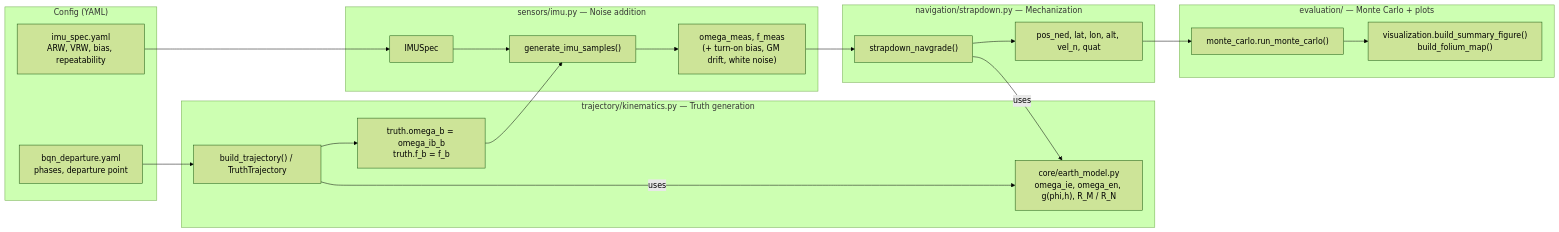
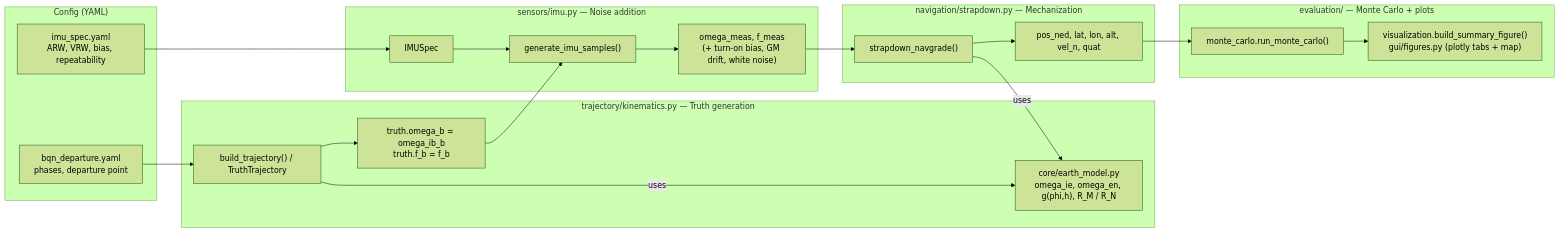
One commit to jorgieo/ins_sim changed the diagram in README.md. Above: the diagram before and after it, drawn with Mermaid (forest theme). The commit also changed 7 other files, not shown here.

First line of the commit message:
Refactor visualization panel to use Plotly for interactive charts

````diff
--- a/README.md
+++ b/README.md
@@ -25,38 +25,38 @@
 ```mermaid
 flowchart LR
     subgraph CFG["Config (YAML)"]
         TRAJ_YAML["bqn_departure.yaml<br/>phases, departure point"]
         IMU_YAML["imu_spec.yaml<br/>ARW, VRW, bias, repeatability"]
     end
 
     subgraph TRUTH["trajectory/kinematics.py — Truth generation"]
         BUILD["build_trajectory() / TruthTrajectory"]
         EARTH["core/earth_model.py<br/>omega_ie, omega_en, g(phi,h), R_M / R_N"]
         BUILD -- uses --> EARTH
         BUILD --> OMEGA_B["truth.omega_b = omega_ib_b<br/>truth.f_b = f_b"]
     end
 
     subgraph SENSOR["sensors/imu.py — Noise addition"]
         SPEC["IMUSpec"]
         GEN["generate_imu_samples()"]
         SPEC --> GEN
         OMEGA_B --> GEN
         GEN --> MEAS["omega_meas, f_meas<br/>(+ turn-on bias, GM drift, white noise)"]
     end
 
     subgraph NAV["navigation/strapdown.py — Mechanization"]
         STRAP["strapdown_navgrade()"]
         MEAS --> STRAP
         STRAP -- uses --> EARTH
         STRAP --> OUT["pos_ned, lat, lon, alt, vel_n, quat"]
     end
 
     subgraph EVAL["evaluation/ — Monte Carlo + plots"]
         MC["monte_carlo.run_monte_carlo()"]
-        VIZ["visualization.build_summary_figure()<br/>build_folium_map()"]
+        VIZ["visualization.build_summary_figure()<br/>gui/figures.py (plotly tabs + map)"]
         OUT --> MC --> VIZ
     end
 
     TRAJ_YAML --> BUILD
     IMU_YAML --> SPEC
 ```
````
